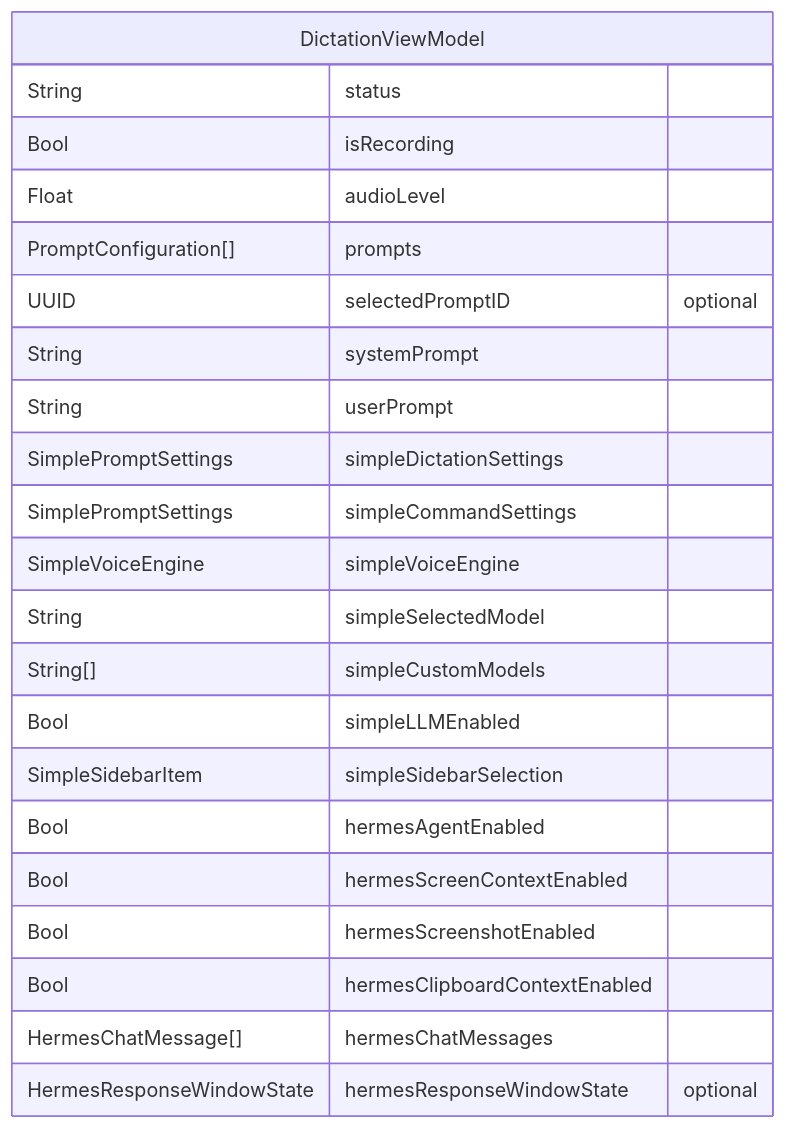
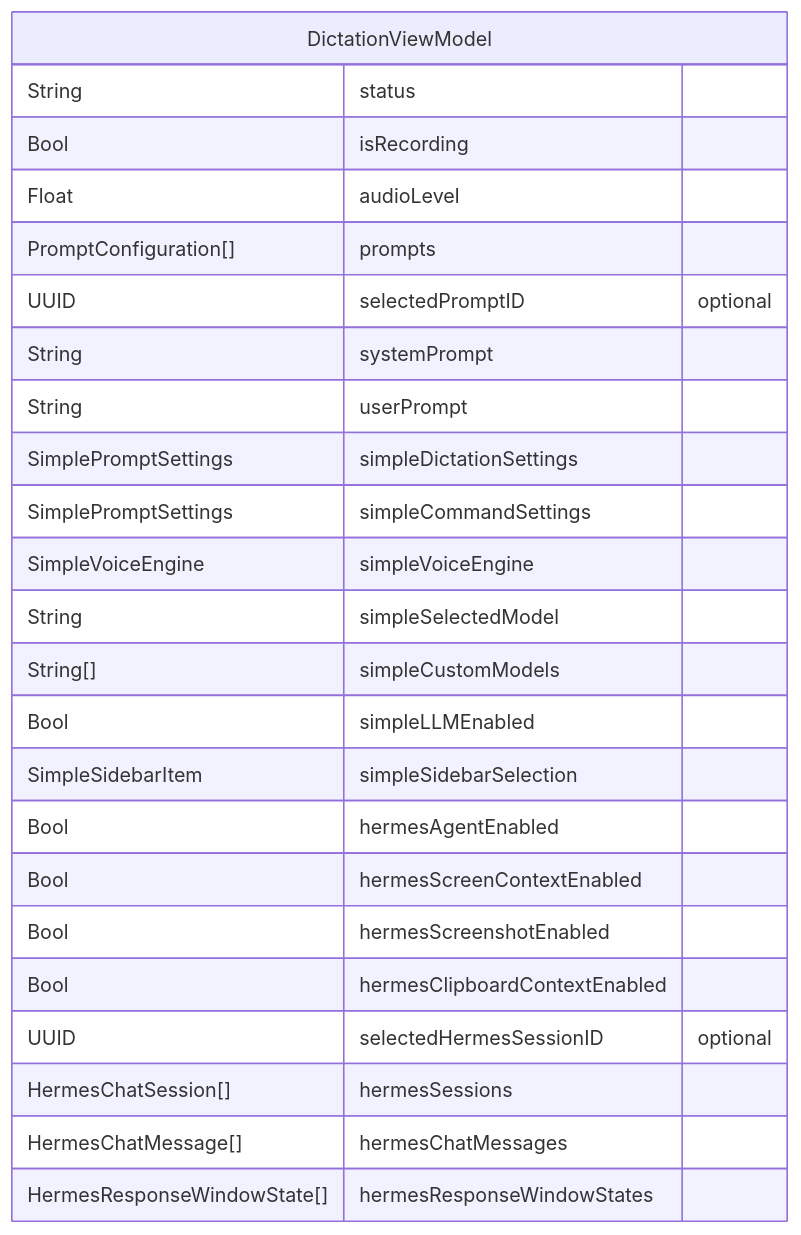
Before and after one commit to dkapo88/WonderWhisper-macOS: the ninth of 12 diagrams in datamodel.md, drawn with Mermaid. The commit also changed other lines of this file and 13 other files, not shown here.

````diff
--- a/datamodel.md
+++ b/datamodel.md
@@ -439,25 +459,27 @@
 ```mermaid
 erDiagram
     DictationViewModel {
         String status
         Bool isRecording
         Float audioLevel
         PromptConfiguration[] prompts
         UUID selectedPromptID "optional"
         String systemPrompt
         String userPrompt
         SimplePromptSettings simpleDictationSettings
         SimplePromptSettings simpleCommandSettings
         SimpleVoiceEngine simpleVoiceEngine
         String simpleSelectedModel
         String[] simpleCustomModels
         Bool simpleLLMEnabled
         SimpleSidebarItem simpleSidebarSelection
         Bool hermesAgentEnabled
         Bool hermesScreenContextEnabled
         Bool hermesScreenshotEnabled
         Bool hermesClipboardContextEnabled
+        UUID selectedHermesSessionID "optional"
+        HermesChatSession[] hermesSessions
         HermesChatMessage[] hermesChatMessages
-        HermesResponseWindowState hermesResponseWindowState "optional"
+        HermesResponseWindowState[] hermesResponseWindowStates
     }
 ```
````
